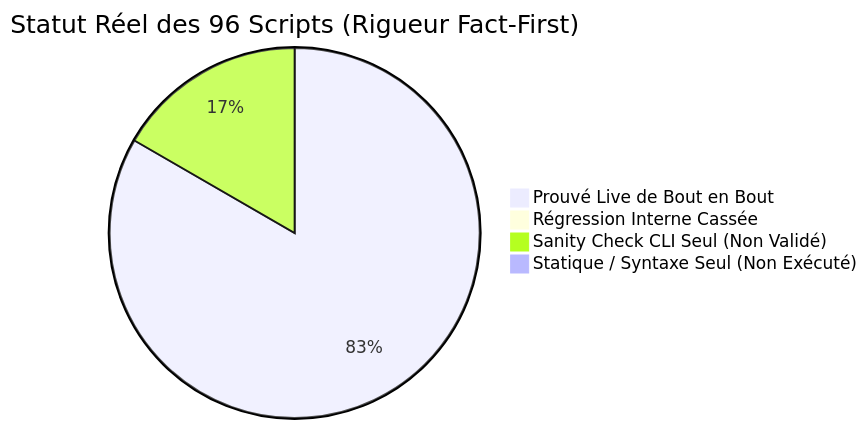
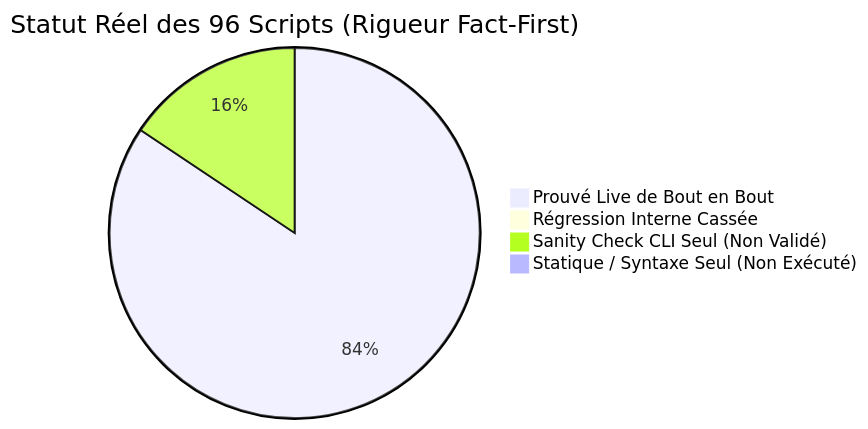
The diagram in docs/reference/2026-11-10-audit-exhaustif-scripts-regressions.md (yoyonel/pydbsrt), drawn with Mermaid before and after one commit. The commit also changed other lines of this file and 3 other files, not shown here.

Commit message:
fix(ingestion): dynamic root, complexity reduction and cli check mode in batch media add tvshow (#69)

````diff
--- a/docs/reference/2026-11-10-audit-exhaustif-scripts-regressions.md
+++ b/docs/reference/2026-11-10-audit-exhaustif-scripts-regressions.md
@@ -16,7 +16,7 @@
 ```mermaid
 pie title Statut Réel des 96 Scripts (Rigueur Fact-First)
-    "Prouvé Live de Bout en Bout" : 80
+    "Prouvé Live de Bout en Bout" : 81
     "Régression Interne Cassée" : 0
-    "Sanity Check CLI Seul (Non Validé)" : 16
+    "Sanity Check CLI Seul (Non Validé)" : 15
     "Statique / Syntaxe Seul (Non Exécuté)" : 0
 ```
````
